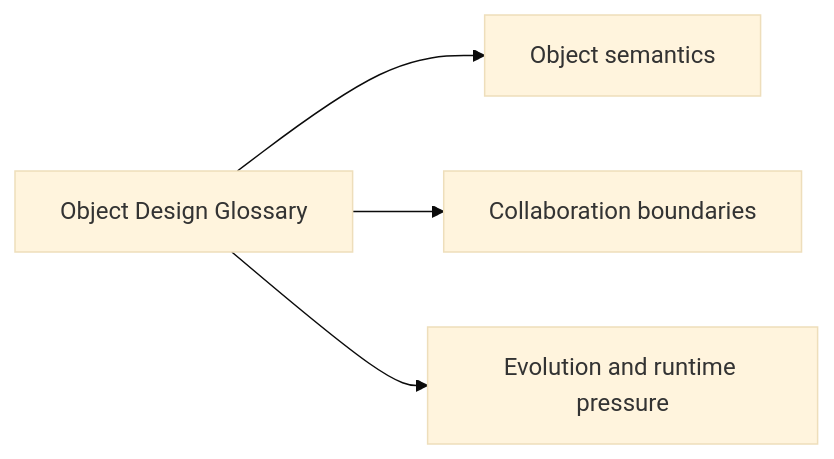
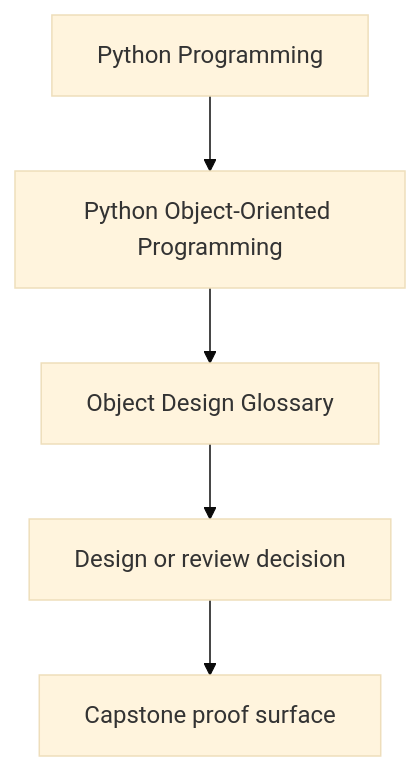
One commit to bijux/bijux-masterclass changed the first of 2 diagrams in programs/python-programming/python-object-oriented-programming/course-book/reference/glossary.md. Above: the diagram before and after it, drawn with Mermaid (base theme). The commit also changed other lines of this file and 23 other files, not shown here.

Commit message:
docs(python-object-oriented-programming): sharpen guide and reference diagrams

````diff
--- a/programs/python-programming/python-object-oriented-programming/course-book/reference/glossary.md
+++ b/programs/python-programming/python-object-oriented-programming/course-book/reference/glossary.md
@@ -6,11 +6,7 @@
 ```mermaid
-graph LR
-  glossary["Object Design Glossary"]
-  semantics["Object semantics"]
-  collaboration["Collaboration boundaries"]
-  evolution["Evolution and runtime pressure"]
-
-  glossary --> semantics
-  glossary --> collaboration
-  glossary --> evolution
+flowchart TD
+  family["Python Programming"] --> program["Python Object-Oriented Programming"]
+  program --> reference["Object Design Glossary"]
+  reference --> review["Design or review decision"]
+  review --> capstone["Capstone proof surface"]
 ```
````
